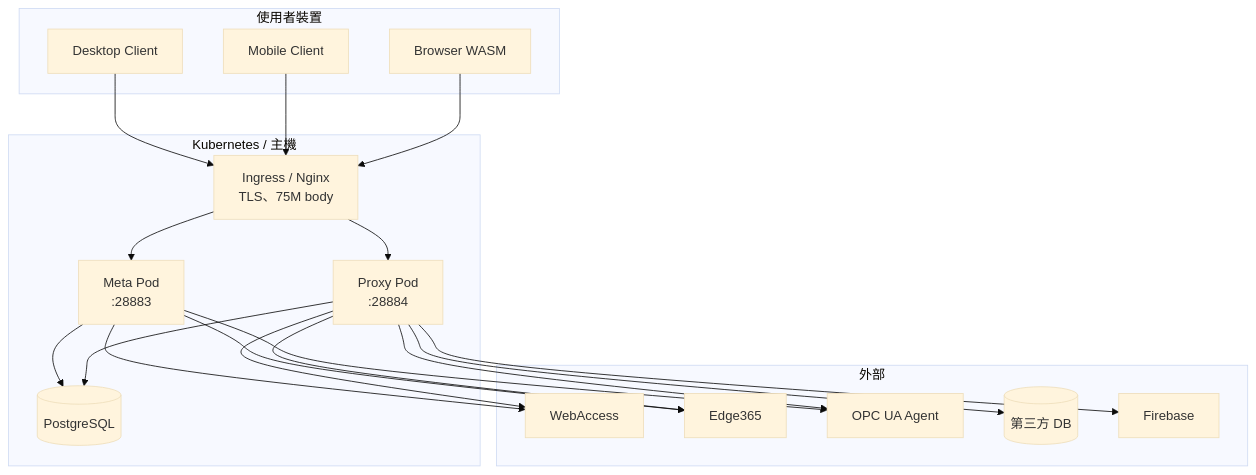
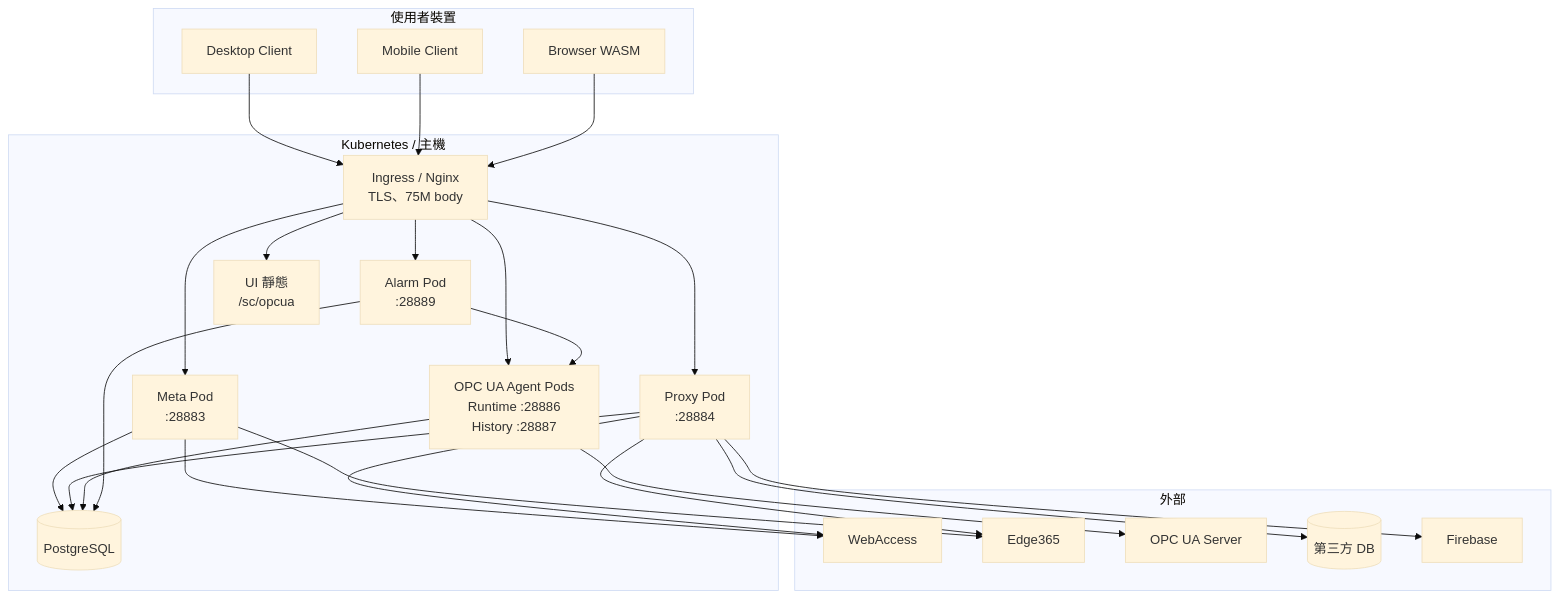
One commit to PochengChen-del/EdgeViewDoc changed the fourth of 8 diagrams in SDS/02_System_Architecture.md. Above: the diagram before and after it, drawn with Mermaid (base theme). The commit also changed other lines of this file and 20 other files, not shown here.

````diff
--- a/SDS/02_System_Architecture.md
+++ b/SDS/02_System_Architecture.md
@@ -130,37 +153,45 @@
 ```mermaid
 flowchart TB
     subgraph Browser["使用者裝置"]
         C1[Desktop Client]
         C2[Mobile Client]
         C3[Browser WASM]
     end
     subgraph K8s["Kubernetes / 主機"]
         ING[Ingress / Nginx<br/>TLS、75M body]
         META[Meta Pod<br/>:28883]
         PROXY[Proxy Pod<br/>:28884]
+        AGENT[OPC UA Agent Pods<br/>Runtime :28886<br/>History :28887]
+        ALARM[Alarm Pod<br/>:28889]
+        UI[UI 靜態<br/>/sc/opcua]
         PG[(PostgreSQL)]
     end
     subgraph External["外部"]
         WA[WebAccess]
         EH[Edge365]
-        OPC[OPC UA Agent]
+        OPC[OPC UA Server]
         DB[(第三方 DB)]
         FCM[Firebase]
     end
 
     C1 --> ING
     C2 --> ING
     C3 --> ING
     ING --> META
     ING --> PROXY
+    ING --> AGENT
+    ING --> ALARM
+    ING --> UI
     META --> PG
     PROXY --> PG
+    AGENT --> PG
+    ALARM --> PG
     META --> WA
     META --> EH
-    META --> OPC
     PROXY --> WA
     PROXY --> EH
     PROXY --> DB
-    PROXY --> OPC
     PROXY --> FCM
+    AGENT --> OPC
+    ALARM --> AGENT
 ```
````
